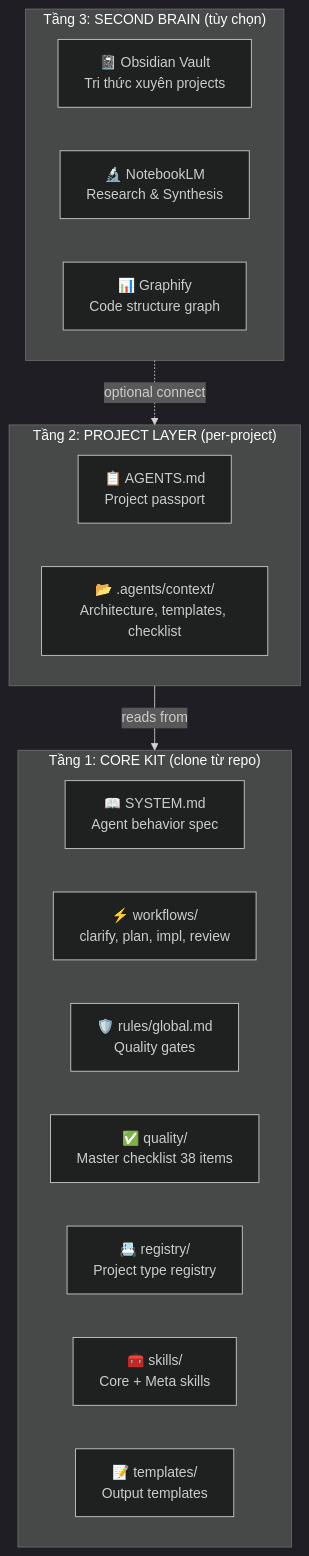
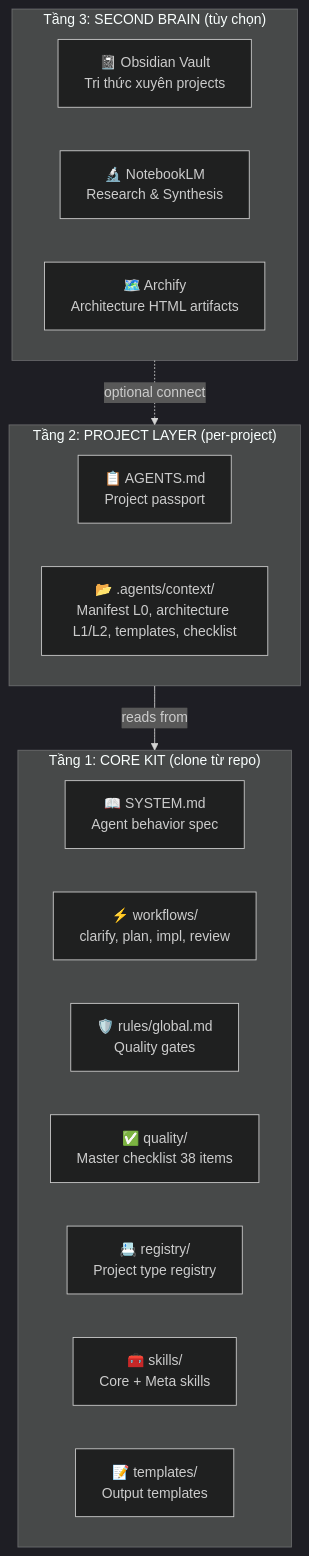
Before and after one commit to Sonleeee/Agent-Dev-Kit: the first of 6 diagrams in HowItWorks.md, drawn with Mermaid (dark theme). The commit also changed other lines of this file and 59 other files, not shown here.

````diff
--- a/HowItWorks.md
+++ b/HowItWorks.md
@@ -5,26 +5,26 @@
 ```mermaid
 graph TB
     subgraph L3["Tầng 3: SECOND BRAIN (tùy chọn)"]
         OBS["📓 Obsidian Vault<br/>Tri thức xuyên projects"]
         NLM["🔬 NotebookLM<br/>Research & Synthesis"]
-        GRA["📊 Graphify<br/>Code structure graph"]
+        GRA["🗺️ Archify<br/>Architecture HTML artifacts"]
     end
 
     subgraph L2["Tầng 2: PROJECT LAYER (per-project)"]
         AGT["📋 AGENTS.md<br/>Project passport"]
-        CTX["📂 .agents/context/<br/>Architecture, templates, checklist"]
+        CTX["📂 .agents/context/<br/>Manifest L0, architecture L1/L2, templates, checklist"]
     end
 
     subgraph L1["Tầng 1: CORE KIT (clone từ repo)"]
         SYS["📖 SYSTEM.md<br/>Agent behavior spec"]
         WF["⚡ workflows/<br/>clarify, plan, impl, review"]
         RL["🛡️ rules/global.md<br/>Quality gates"]
         QA["✅ quality/<br/>Master checklist 38 items"]
         REG["📇 registry/<br/>Project type registry"]
         SK["🧰 skills/<br/>Core + Meta skills"]
         TPL["📝 templates/<br/>Output templates"]
     end
 
     L3 -.->|optional connect| L2
     L2 -->|reads from| L1
 ```
````
